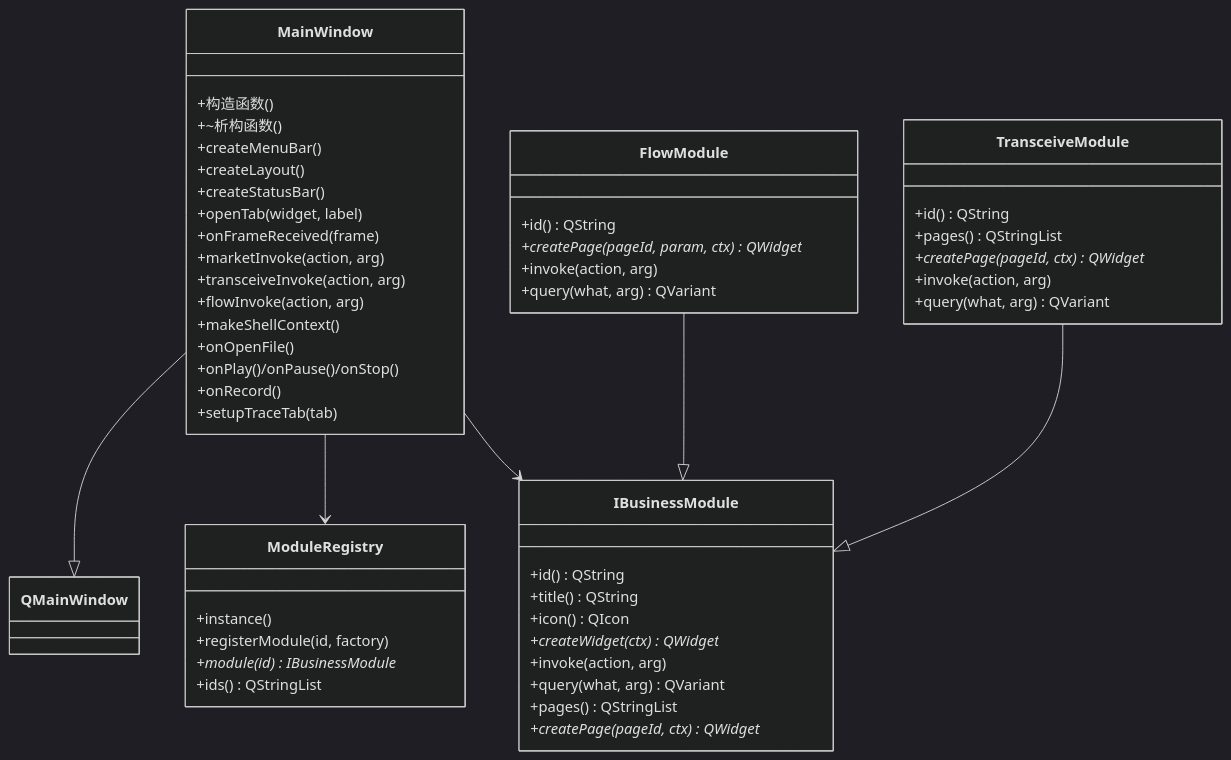
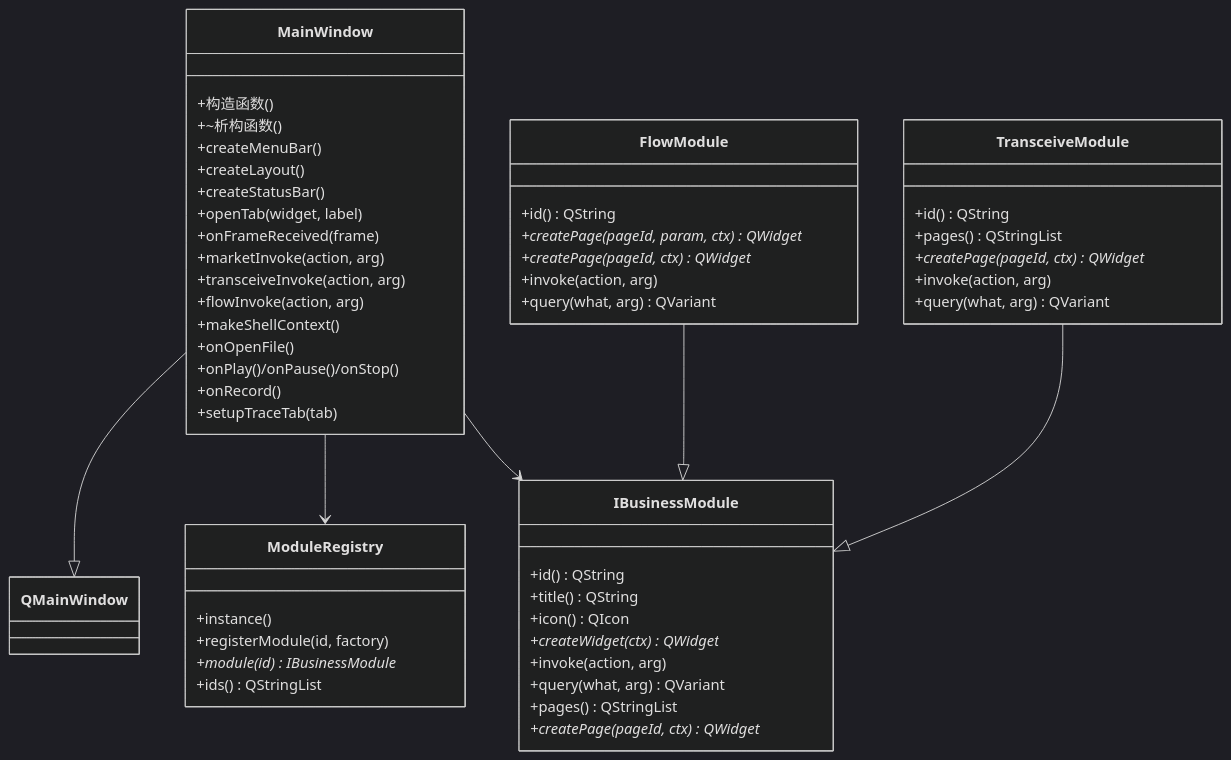
The third of 9 diagrams in .qoder/repowiki/zh/content/架构设计/主窗口组件架构.md (jakecai1225-design/OpenBus), drawn with Mermaid (dark theme) before and after one commit. The commit also changed other lines of this file and 56 other files, not shown here.

Commit message:
trace graphic优化

````diff
--- a/.qoder/repowiki/zh/content/架构设计/主窗口组件架构.md
+++ b/.qoder/repowiki/zh/content/架构设计/主窗口组件架构.md
@@ -148,54 +150,55 @@
 ```mermaid
 classDiagram
 class MainWindow {
 +构造函数()
 +~析构函数()
 +createMenuBar()
 +createLayout()
 +createStatusBar()
 +openTab(widget, label)
 +onFrameReceived(frame)
 +marketInvoke(action, arg)
 +transceiveInvoke(action, arg)
 +flowInvoke(action, arg)
 +makeShellContext()
 +onOpenFile()
 +onPlay()/onPause()/onStop()
 +onRecord()
 +setupTraceTab(tab)
 }
 class ModuleRegistry {
 +instance()
 +registerModule(id, factory)
 +module(id) IBusinessModule*
 +ids() QStringList
 }
 class IBusinessModule {
 +id() QString
 +title() QString
 +icon() QIcon
 +createWidget(ctx) QWidget*
 +invoke(action, arg)
 +query(what, arg) QVariant
 +pages() QStringList
 +createPage(pageId, ctx) QWidget*
 }
 class FlowModule {
 +id() QString
 +createPage(pageId, param, ctx) QWidget*
++createPage(pageId, ctx) QWidget*
 +invoke(action, arg)
 +query(what, arg) QVariant
 }
 class TransceiveModule {
 +id() QString
 +pages() QStringList
 +createPage(pageId, ctx) QWidget*
 +invoke(action, arg)
 +query(what, arg) QVariant
 }
 MainWindow --|> QMainWindow
 MainWindow --> ModuleRegistry
 MainWindow --> IBusinessModule
 FlowModule --|> IBusinessModule
 TransceiveModule --|> IBusinessModule
 ```
````
